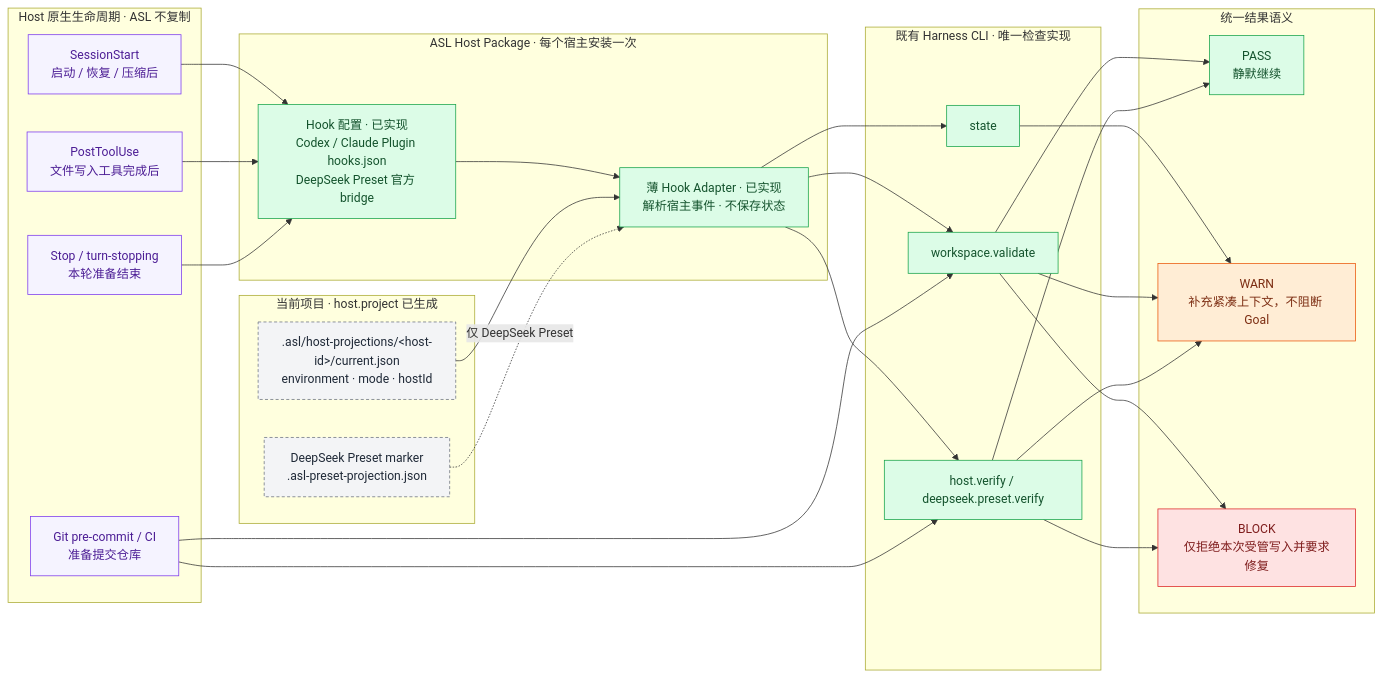
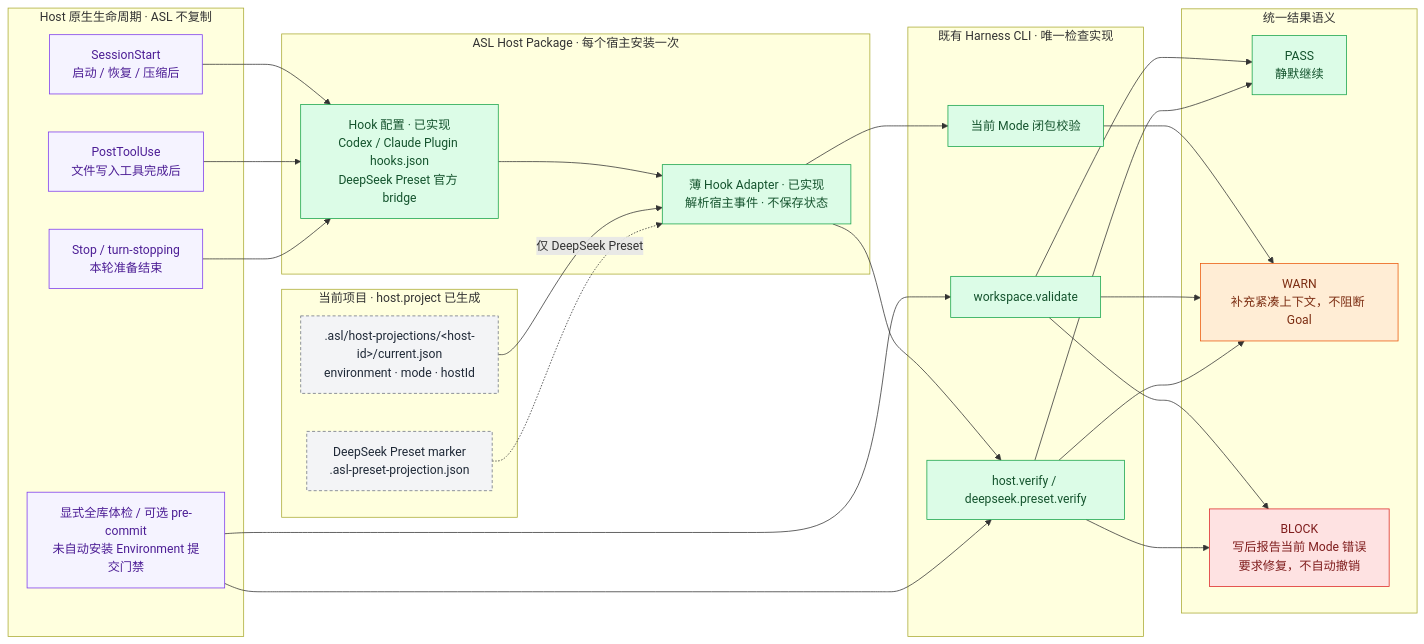
Before and after one commit to qihangzhang-272/asl-harness: the fifth of 19 diagrams in docs/asl-architecture-views.md, drawn with Mermaid. The commit also changed other lines of this file and 9 other files, not shown here.

````diff
--- a/docs/asl-architecture-views.md
+++ b/docs/asl-architecture-views.md
@@ -435,63 +397,62 @@
 ```mermaid
 flowchart LR
     subgraph NATIVE["Host 原生生命周期 · ASL 不复制"]
         START["SessionStart<br/>启动 / 恢复 / 压缩后"]
         WRITE["PostToolUse<br/>文件写入工具完成后"]
         STOP["Stop / turn-stopping<br/>本轮准备结束"]
-        COMMIT["Git pre-commit / CI<br/>准备提交仓库"]
+        COMMIT["显式全库体检 / 可选 pre-commit<br/>未自动安装 Environment 提交门禁"]
     end
 
     subgraph PACKAGE["ASL Host Package · 每个宿主安装一次"]
         CONFIG["Hook 配置 · 已实现<br/>Codex / Claude Plugin hooks.json<br/>DeepSeek Preset 官方 bridge"]
         ADAPTER["薄 Hook Adapter · 已实现<br/>解析宿主事件 · 不保存状态"]
     end
 
     subgraph PROJECT["当前项目 · host.project 已生成"]
         MANIFEST[".asl/host-projections/&lt;host-id&gt;/current.json<br/>environment · mode · hostId"]
         PRESET["DeepSeek Preset marker<br/>.asl-preset-projection.json"]
     end
 
     subgraph CLI["既有 Harness CLI · 唯一检查实现"]
-        STATE["state"]
+        STATE["当前 Mode 闭包校验"]
         VALIDATE["workspace.validate"]
         VERIFY["host.verify / deepseek.preset.verify"]
     end
 
     subgraph RESULT["统一结果语义"]
         PASS["PASS<br/>静默继续"]
         WARN["WARN<br/>补充紧凑上下文，不阻断 Goal"]
-        BLOCK["BLOCK<br/>仅拒绝本次受管写入并要求修复"]
+        BLOCK["BLOCK<br/>写后报告当前 Mode 错误<br/>要求修复，不自动撤销"]
     end
 
     START --> CONFIG
     WRITE --> CONFIG
     STOP --> CONFIG
     CONFIG --> ADAPTER
     MANIFEST --> ADAPTER
     PRESET -.仅 DeepSeek Preset.-> ADAPTER
     ADAPTER --> STATE
-    ADAPTER --> VALIDATE
     ADAPTER --> VERIFY
     COMMIT --> VALIDATE
     COMMIT --> VERIFY
     STATE --> WARN
     VALIDATE --> PASS
     VALIDATE --> WARN
     VALIDATE --> BLOCK
     VERIFY --> PASS
     VERIFY --> WARN
     VERIFY --> BLOCK
 
     classDef native fill:#f5f3ff,stroke:#7c3aed,color:#4c1d95;
     classDef done fill:#dcfce7,stroke:#16a34a,color:#14532d;
     classDef optimize fill:#ffedd5,stroke:#ea580c,color:#7c2d12;
     classDef generated fill:#f3f4f6,stroke:#6b7280,color:#1f2937,stroke-dasharray:4 3;
     classDef blocked fill:#fee2e2,stroke:#dc2626,color:#7f1d1d;
     class START,WRITE,STOP,COMMIT native;
     class STATE,VALIDATE,VERIFY done;
     class CONFIG,ADAPTER done;
     class MANIFEST,PRESET generated;
     class PASS done;
     class WARN optimize;
     class BLOCK blocked;
 ```
````
